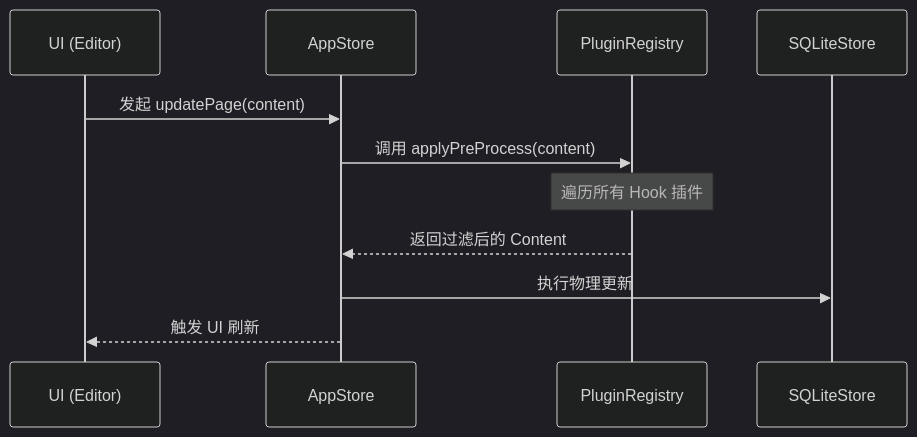
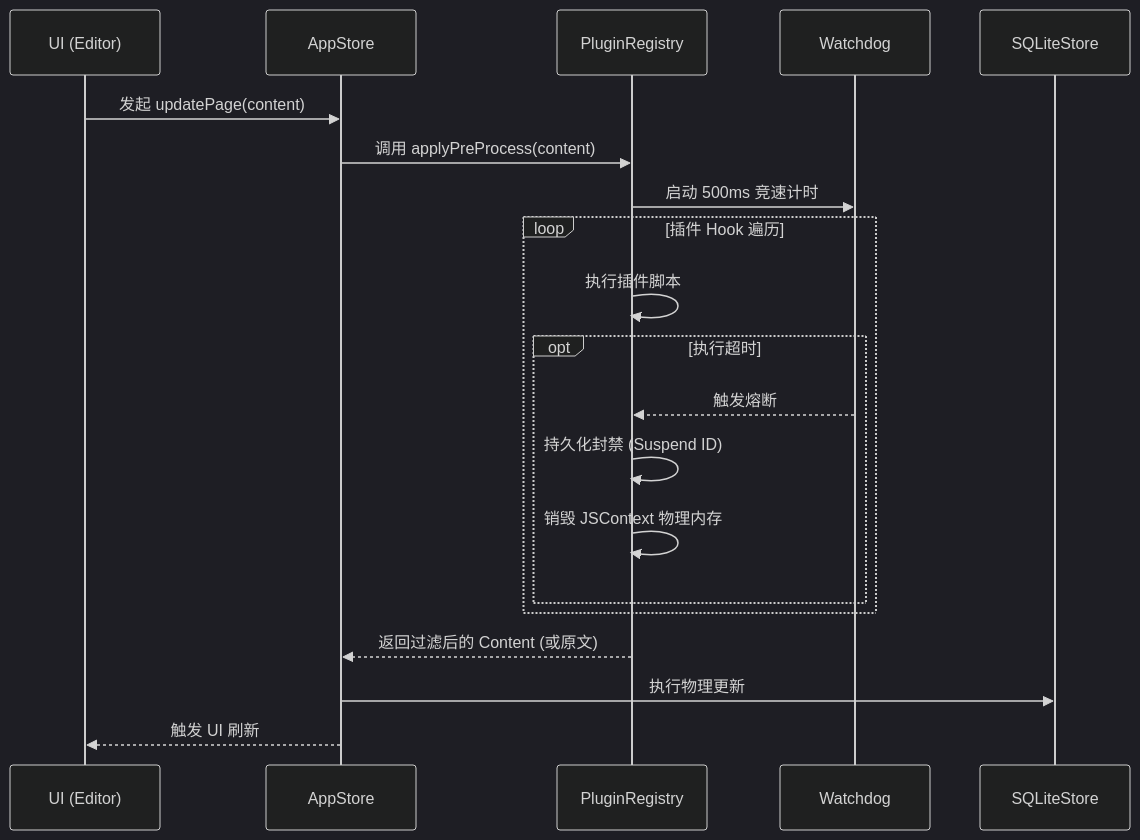
One commit to wangchong2023/zhiyu changed the second of 4 diagrams in Docs/Architecture/ARCHITECTURE_4PLUS1.md. Above: the diagram before and after it, drawn with Mermaid (dark theme). The commit also changed other lines of this file and 397 other files, not shown here.

````diff
--- a/Docs/Architecture/ARCHITECTURE_4PLUS1.md
+++ b/Docs/Architecture/ARCHITECTURE_4PLUS1.md
@@ -77,14 +77,23 @@
 ```mermaid
 sequenceDiagram
     participant User as UI (Editor)
     participant KM as AppStore
     participant PR as PluginRegistry
+    participant WD as Watchdog
     participant DB as SQLiteStore
 
     User->>KM: 发起 updatePage(content)
     KM->>PR: 调用 applyPreProcess(content)
-    Note over PR: 遍历所有 Hook 插件
-    PR-->>KM: 返回过滤后的 Content
+    PR->>WD: 启动 500ms 竞速计时
+    loop 插件 Hook 遍历
+        PR->>PR: 执行插件脚本
+        opt 执行超时
+            WD-->>PR: 触发熔断
+            PR->>PR: 持久化封禁 (Suspend ID)
+            PR->>PR: 销毁 JSContext 物理内存
+        end
+    end
+    PR-->>KM: 返回过滤后的 Content (或原文)
     KM->>DB: 执行物理更新
     KM-->>User: 触发 UI 刷新
 ```
````
